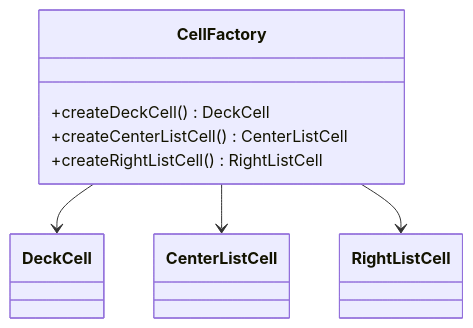
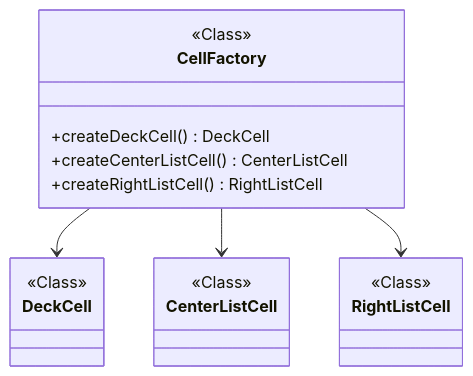
The third of 7 diagrams in Report.md (gerardocipriano/pss22-Game-of-Cards), drawn with Mermaid before and after one commit. The commit also changed other lines of this file, not shown here.

````diff
--- a/Report.md
+++ b/Report.md
@@ -126,17 +125,21 @@
 ```mermaid
 classDiagram
     class CellFactory {
+        <<Class>>
         +createDeckCell() DeckCell
         +createCenterListCell() CenterListCell
         +createRightListCell() RightListCell
     }
     class DeckCell {
+        <<Class>>
     }
     class CenterListCell {
+        <<Class>>
     }
     class RightListCell {
+        <<Class>>
     }
     CellFactory --> DeckCell
     CellFactory --> CenterListCell
     CellFactory --> RightListCell
 ```
````
